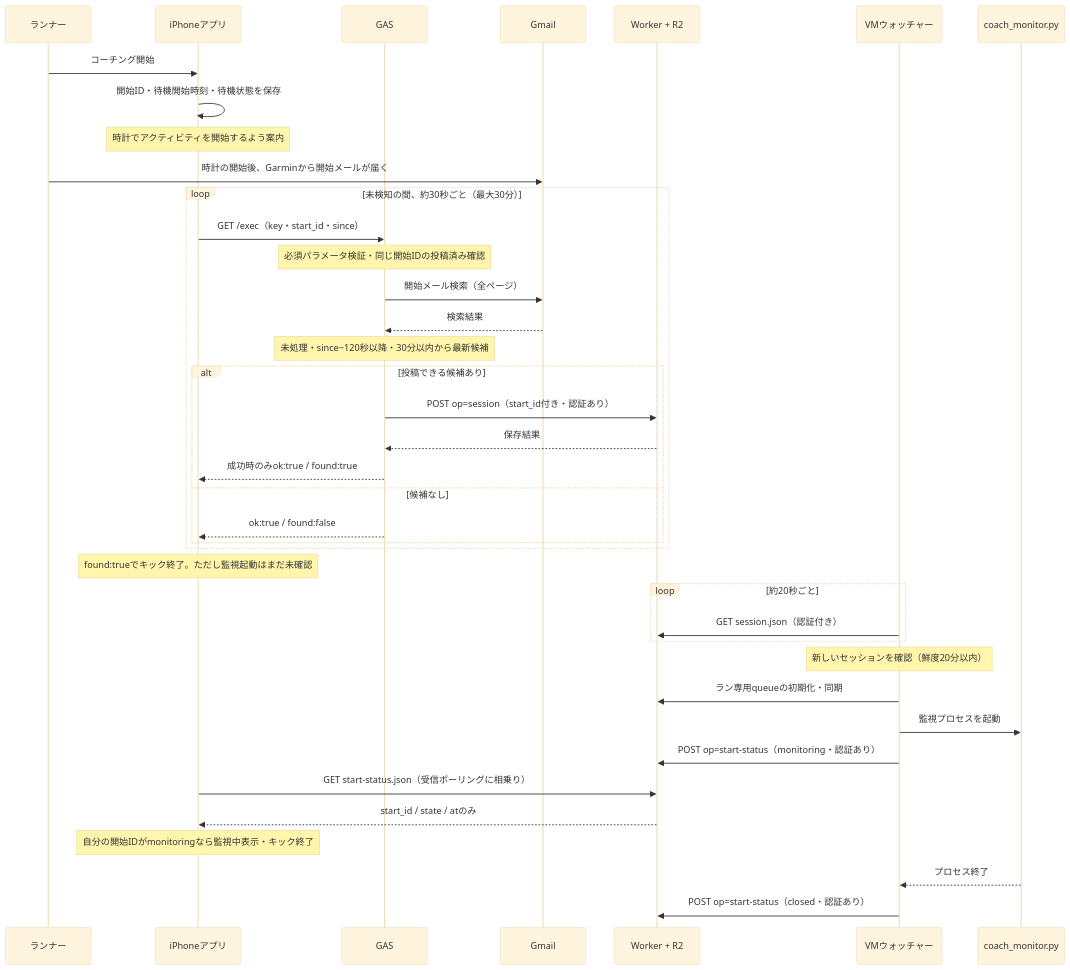
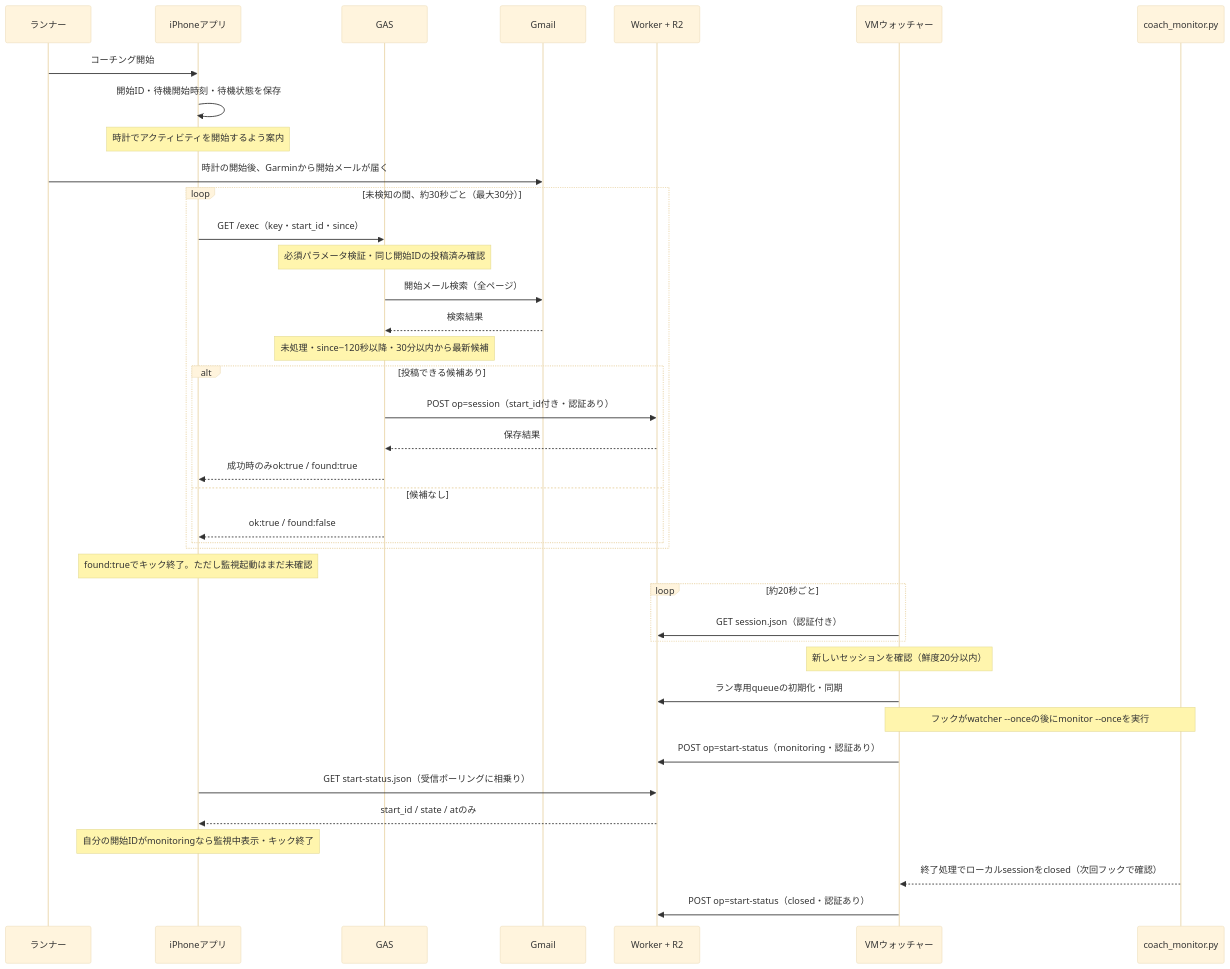
Before and after one commit to comeonyama/voice-coach-for-muse: the second of 4 diagrams in docs/system-and-data-flow.md, drawn with Mermaid (base theme). The commit also changed other lines of this file and 10 other files, not shown here.

````diff
--- a/docs/system-and-data-flow.md
+++ b/docs/system-and-data-flow.md
@@ -52,41 +53,41 @@
 ```mermaid
 sequenceDiagram
   participant U as ランナー
   participant I as iPhoneアプリ
   participant G as GAS
   participant M as Gmail
   participant W as Worker + R2
   participant V as VMウォッチャー
   participant C as coach_monitor.py
   U->>I: コーチング開始
   I->>I: 開始ID・待機開始時刻・待機状態を保存
   Note over I: 時計でアクティビティを開始するよう案内
   U->>M: 時計の開始後、Garminから開始メールが届く
   loop 未検知の間、約30秒ごと（最大30分）
     I->>G: GET /exec（key・start_id・since）
     Note over G: 必須パラメータ検証・同じ開始IDの投稿済み確認
     G->>M: 開始メール検索（全ページ）
     M-->>G: 検索結果
     Note over G: 未処理・since−120秒以降・30分以内から最新候補
     alt 投稿できる候補あり
       G->>W: POST op=session（start_id付き・認証あり）
       W-->>G: 保存結果
       G-->>I: 成功時のみok:true / found:true
     else 候補なし
       G-->>I: ok:true / found:false
     end
   end
   Note over I: found:trueでキック終了。ただし監視起動はまだ未確認
   loop 約20秒ごと
     V->>W: GET session.json（認証付き）
   end
   Note over V: 新しいセッションを確認（鮮度20分以内）
   V->>W: ラン専用queueの初期化・同期
-  V->>C: 監視プロセスを起動
+  Note over V,C: フックがwatcher --onceの後にmonitor --onceを実行
   V->>W: POST op=start-status（monitoring・認証あり）
   I->>W: GET start-status.json（受信ポーリングに相乗り）
   W-->>I: start_id / state / atのみ
   Note over I: 自分の開始IDがmonitoringなら監視中表示・キック終了
-  C-->>V: プロセス終了
+  C-->>V: 終了処理でローカルsessionをclosed（次回フックで確認）
   V->>W: POST op=start-status（closed・認証あり）
 ```
````
